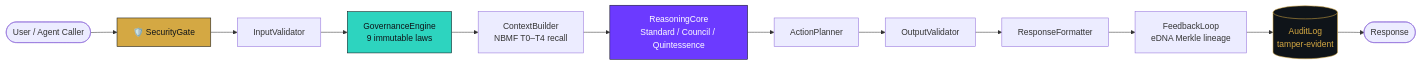
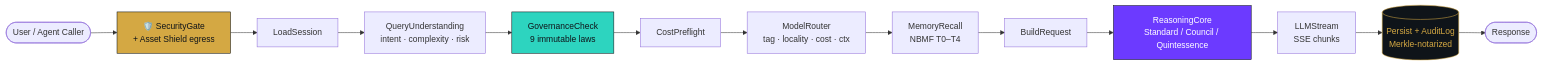
The diagram in README.md (Masoud-Masoori/masoud-masoori), drawn with Mermaid before and after one commit. The commit also changed other lines of this file, not shown here.

First line of the commit message:
Refresh profile: v3.7.1 + Asset Shield + May 2026 ships

````diff
--- a/README.md
+++ b/README.md
@@ -57,19 +80,20 @@
 ```mermaid
 flowchart LR
-    U([User / Agent Caller]) --> SG[🛡️ SecurityGate]
-    SG --> IV[InputValidator]
-    IV --> GE[GovernanceEngine<br/>9 immutable laws]
-    GE --> CB[ContextBuilder<br/>NBMF T0–T4 recall]
-    CB --> RC[ReasoningCore<br/>Standard / Council / Quintessence]
-    RC --> AP[ActionPlanner]
-    AP --> OV[OutputValidator]
-    OV --> RF[ResponseFormatter]
-    RF --> FL[FeedbackLoop<br/>eDNA Merkle lineage]
-    FL --> AL[(AuditLog<br/>tamper-evident)]
-    AL --> R([Response])
+    U([User / Agent Caller]) --> SG[🛡️ SecurityGate<br/>+ Asset Shield egress]
+    SG --> LS[LoadSession]
+    LS --> QU[QueryUnderstanding<br/>intent · complexity · risk]
+    QU --> GC[GovernanceCheck<br/>9 immutable laws]
+    GC --> CP[CostPreflight]
+    CP --> MR[ModelRouter<br/>tag · locality · cost · ctx]
+    MR --> MC[MemoryRecall<br/>NBMF T0–T4]
+    MC --> BR[BuildRequest]
+    BR --> RC[ReasoningCore<br/>Standard / Council / Quintessence]
+    RC --> LS2[LLMStream<br/>SSE chunks]
+    LS2 --> PA[(Persist + AuditLog<br/>Merkle-notarized)]
+    PA --> R([Response])
 
     style SG fill:#D4A843,stroke:#0F1419,color:#0F1419
-    style GE fill:#2DD4BF,stroke:#0F1419,color:#0F1419
+    style GC fill:#2DD4BF,stroke:#0F1419,color:#0F1419
     style RC fill:#6C3AFF,stroke:#0F1419,color:#FFFFFF
-    style AL fill:#0F1419,stroke:#D4A843,color:#D4A843
+    style PA fill:#0F1419,stroke:#D4A843,color:#D4A843
 ```
````
